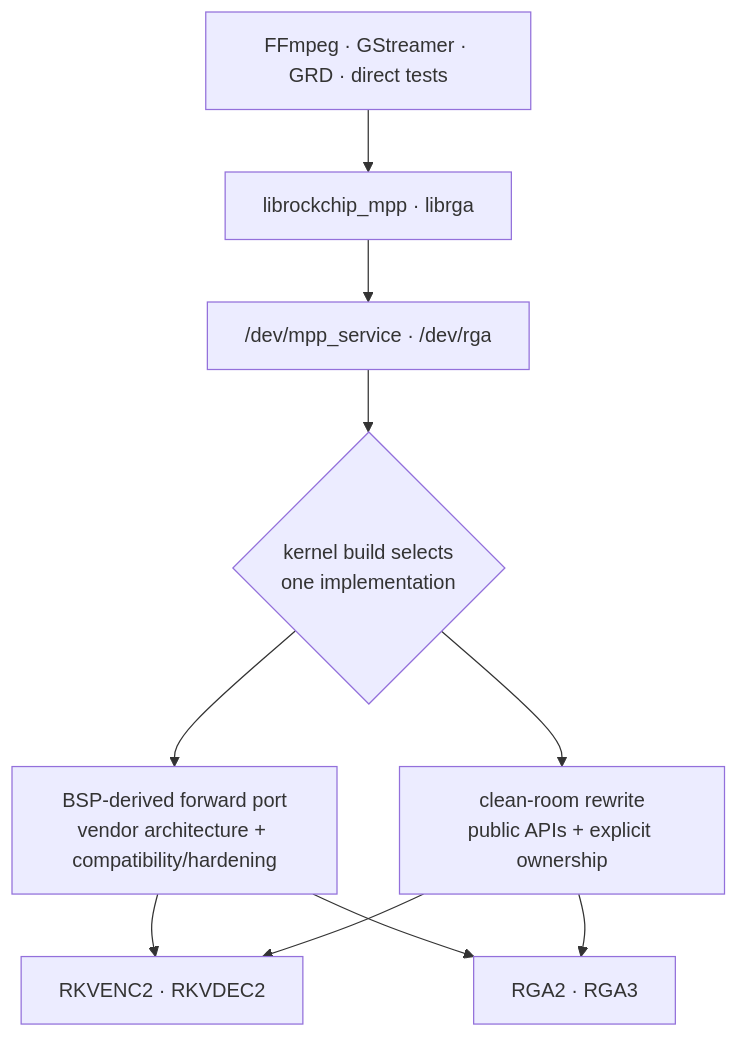
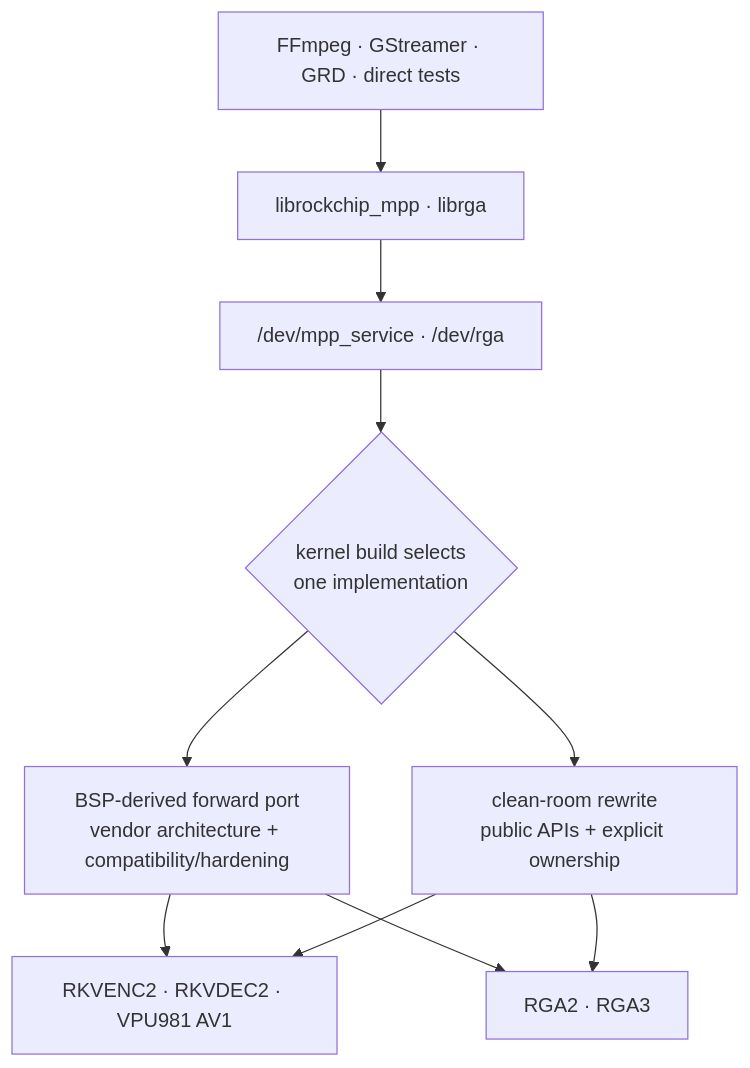
The first of 13 diagrams in kernel-drivers/docs/driver-architecture-comparison.md (yisding/rock-5b-ysp), drawn with Mermaid before and after one commit. The commit also changed other lines of this file and 62 other files, not shown here.

Commit message:
media: refresh rewrite architecture and recovery evidence

````diff
--- a/kernel-drivers/docs/driver-architecture-comparison.md
+++ b/kernel-drivers/docs/driver-architecture-comparison.md
@@ -29,19 +30,19 @@
 ```mermaid
 flowchart TB
   apps["FFmpeg · GStreamer · GRD · direct tests"]
   libs["librockchip_mpp · librga"]
   abi["/dev/mpp_service · /dev/rga"]
   choose{"kernel build selects<br/>one implementation"}
   bsp["BSP-derived forward port<br/>vendor architecture + compatibility/hardening"]
   rewrite["clean-room rewrite<br/>public APIs + explicit ownership"]
-  codec["RKVENC2 · RKVDEC2"]
+  codec["RKVENC2 · RKVDEC2 · VPU981 AV1"]
   rga["RGA2 · RGA3"]
 
   apps --> libs --> abi --> choose
   choose --> bsp
   choose --> rewrite
   bsp --> codec
   bsp --> rga
   rewrite --> codec
   rewrite --> rga
 ```
````
